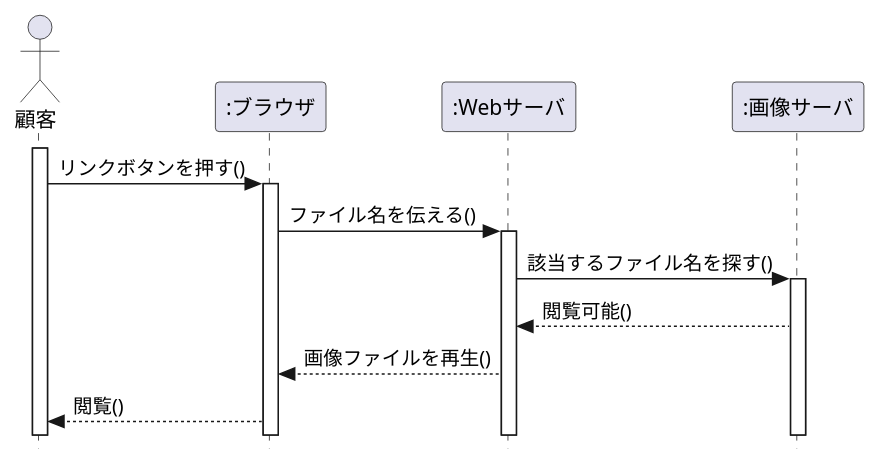
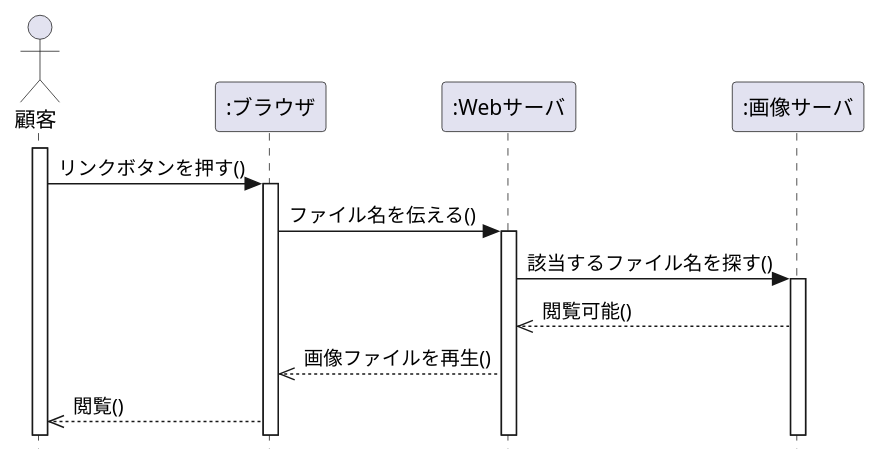
One commit to Yamamoto0818/uml-intro changed the diagram in 演習4-6_SD_Web画像検索.pu. Above: the diagram before and after it, drawn with PlantUML.

Commit message:
課題

```diff
--- a/演習4-6_SD_Web画像検索.pu
+++ b/演習4-6_SD_Web画像検索.pu
@@ -1,24 +1,24 @@
 @startuml 演習4-6
 
 hide footbox
 
 skinparam style strictuml /' 厳密なUMLに準拠する'/
 Actor 顧客 as user
 participant ":ブラウザ" as browser
 participant ":Webサーバ" as webserver
 participant ":画像サーバ" as server
 
 activate user
 user -> browser : リンクボタンを押す()
 activate browser
 browser -> webserver : ファイル名を伝える()
 activate webserver
 webserver -> server : 該当するファイル名を探す()
 activate server
-webserver <-- server : 閲覧可能()
-browser <-- webserver : 画像ファイルを再生()
-user <-- browser : 閲覧()
+webserver <<-- server : 閲覧可能()
+browser <<-- webserver : 画像ファイルを再生()
+user <<-- browser : 閲覧()
 
     
 
 @enduml
```
